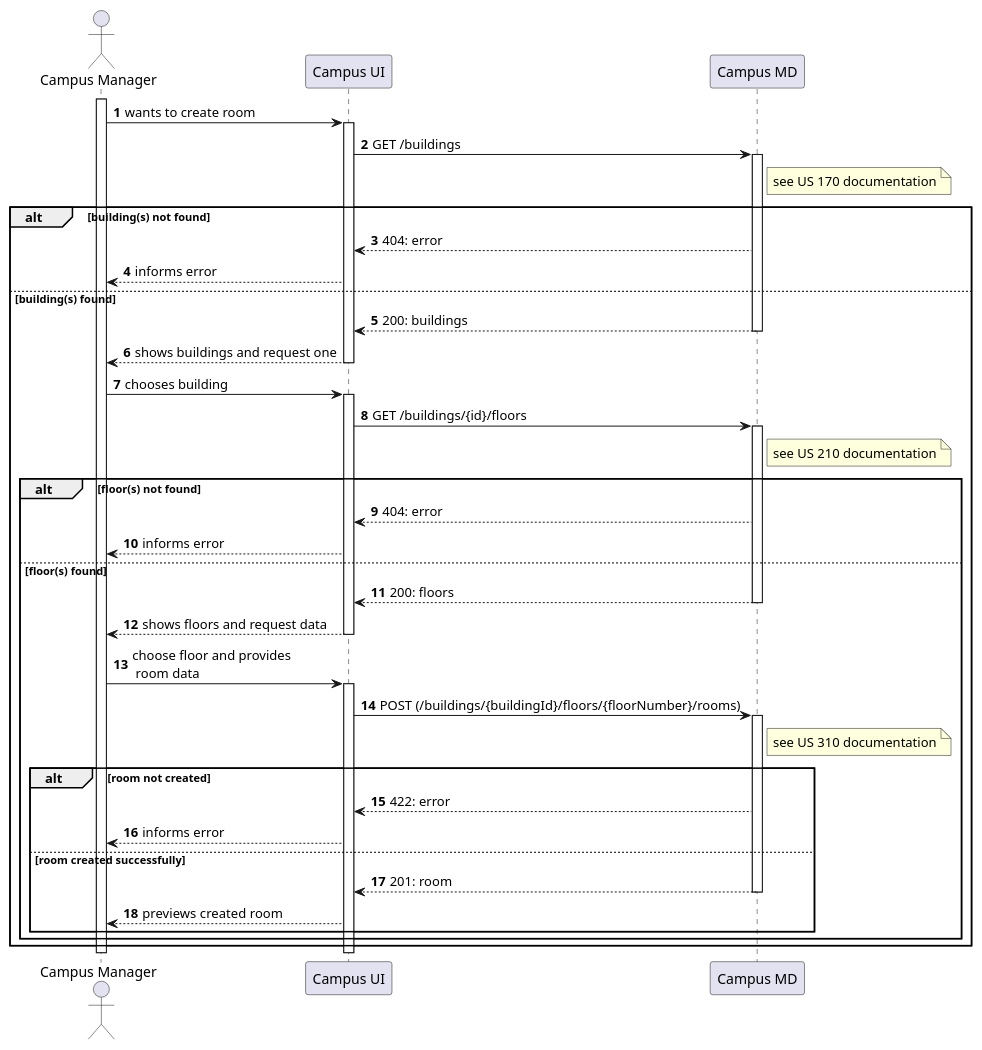
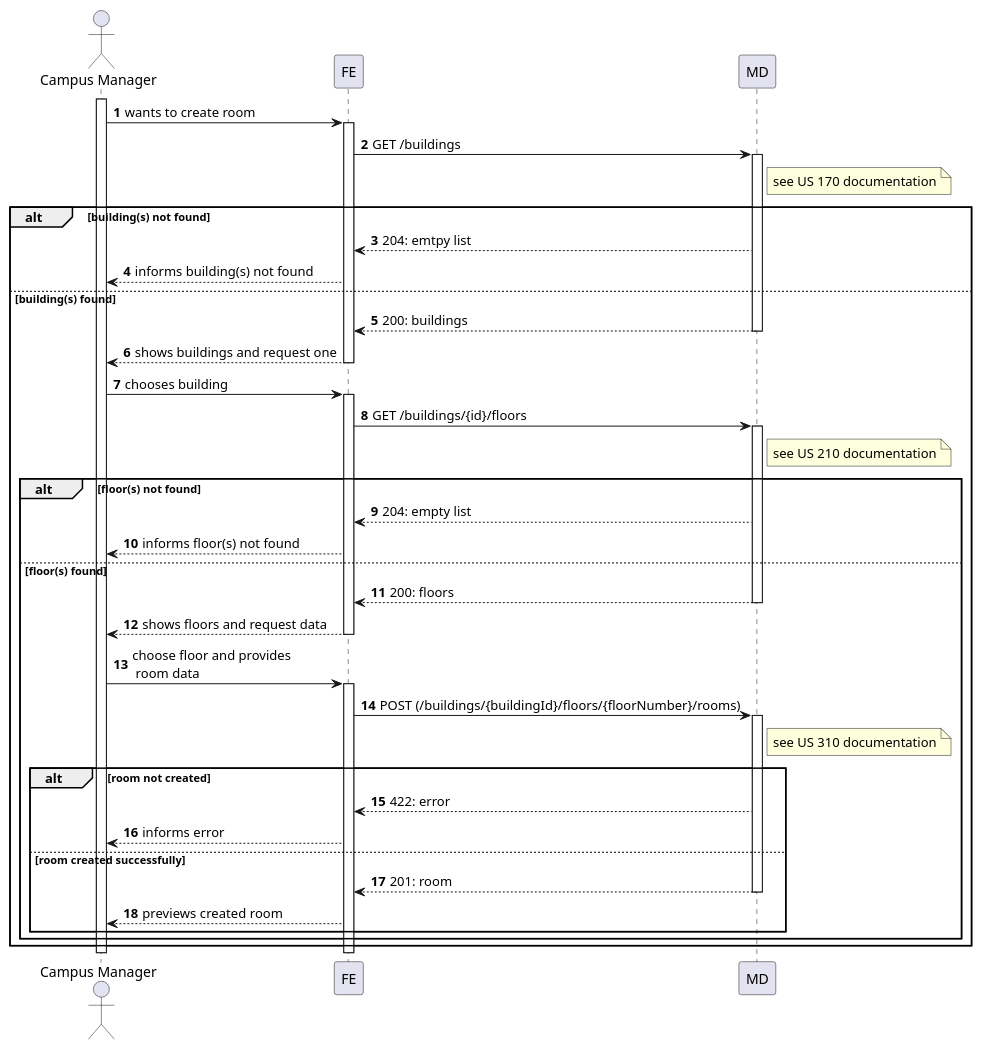
Before and after one commit to Departamento-de-Engenharia-Informatica/lapr5-23-24-g19: the diagram in docs/us1210/level2/process-view.puml, drawn with PlantUML. The commit also changed 3 other files, not shown here.

```diff
--- a/docs/us1210/level2/process-view.puml
+++ b/docs/us1210/level2/process-view.puml
@@ -1,62 +1,62 @@
 @startuml
 autonumber
 
 actor "Campus Manager" as usr
 
-participant "Campus UI" as ui
-participant "Campus MD" as md
+participant "FE" as ui
+participant "MD" as md
 
 activate usr
     usr -> ui : wants to create room
     activate ui
         ui -> md : GET /buildings
         activate md
             note right of md : see US 170 documentation
 
         alt building(s) not found
-            md --> ui: 404: error
-            ui --> usr: informs error
+            md --> ui: 204: emtpy list
+            ui --> usr: informs building(s) not found
         else building(s) found
             md --> ui : 200: buildings
             deactivate md
 
         ui --> usr : shows buildings and request one
     deactivate ui
 
     usr -> ui : chooses building
     activate ui
         ui -> md : GET /buildings/{id}/floors
         activate md
             note right of md : see US 210 documentation
 
             alt floor(s) not found
-                md --> ui: 404: error
-                ui --> usr: informs error
+                md --> ui: 204: empty list
+                ui --> usr: informs floor(s) not found
             else floor(s) found
                 md --> ui : 200: floors
                 deactivate md
 
         ui --> usr : shows floors and request data
     deactivate ui
 
     usr -> ui: choose floor and provides\n room data
     activate ui
         ui -> md : POST (/buildings/{buildingId}/floors/{floorNumber}/rooms)
         activate md
             note right of md : see US 310 documentation
 
             alt room not created
                 md --> ui: 422: error
                 ui --> usr: informs error
             else room created successfully
                 md --> ui : 201: room
                 deactivate md
         ui --> usr : previews created room
 
                 end
             end
         end
     deactivate ui
 deactivate usr
 
 @enduml
```
